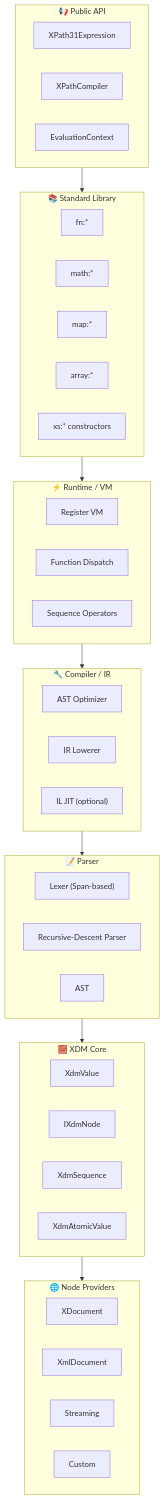
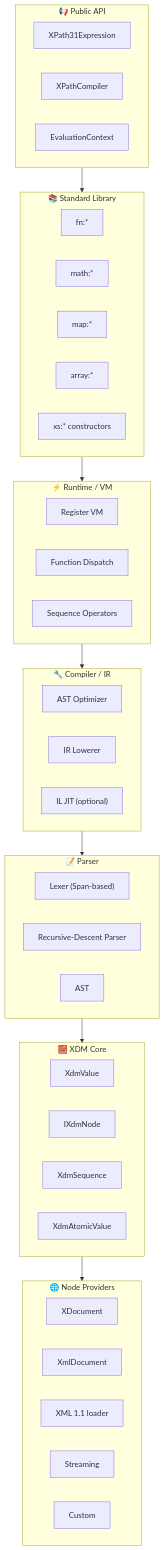
One commit to Fytala-Charles/Bosak changed the first of 4 diagrams in docs/ARCHITECTURE.md. Above: the diagram before and after it, drawn with Mermaid. The commit also changed other lines of this file and 1 other file, not shown here.

First line of the commit message:
docs: update handover and architecture for XML 1.1 node provider

````diff
--- a/docs/ARCHITECTURE.md
+++ b/docs/ARCHITECTURE.md
@@ -31,55 +31,56 @@
 ```mermaid
 flowchart TB
     subgraph API["📢 Public API"]
         EXP["XPath31Expression"]
         COMP["XPathCompiler"]
         ECTX["EvaluationContext"]
     end
 
     subgraph STD["📚 Standard Library"]
         FN["fn:*"]
         MATH["math:*"]
         MAP["map:*"]
         ARR["array:*"]
         XS["xs:* constructors"]
     end
 
     subgraph RT["⚡ Runtime / VM"]
         VM["Register VM"]
         FD["Function Dispatch"]
         SO["Sequence Operators"]
     end
 
     subgraph CP["🔧 Compiler / IR"]
         ASTO["AST Optimizer"]
         IRL["IR Lowerer"]
         JIT["IL JIT (optional)"]
     end
 
     subgraph PR["📝 Parser"]
         LEX["Lexer (Span-based)"]
         PAR["Recursive-Descent Parser"]
         AST["AST"]
     end
 
     subgraph XC["🧱 XDM Core"]
         XV["XdmValue"]
         XN["IXdmNode"]
         XSQ["XdmSequence"]
         XAV["XdmAtomicValue"]
     end
 
     subgraph NP["🌐 Node Providers"]
         XD["XDocument"]
         XMLD["XmlDocument"]
+        X11["XML 1.1 loader"]
         STR["Streaming"]
         CUST["Custom"]
     end
 
     API --> STD
     STD --> RT
     RT --> CP
     CP --> PR
     PR --> XC
     XC --> NP
 ```
````
